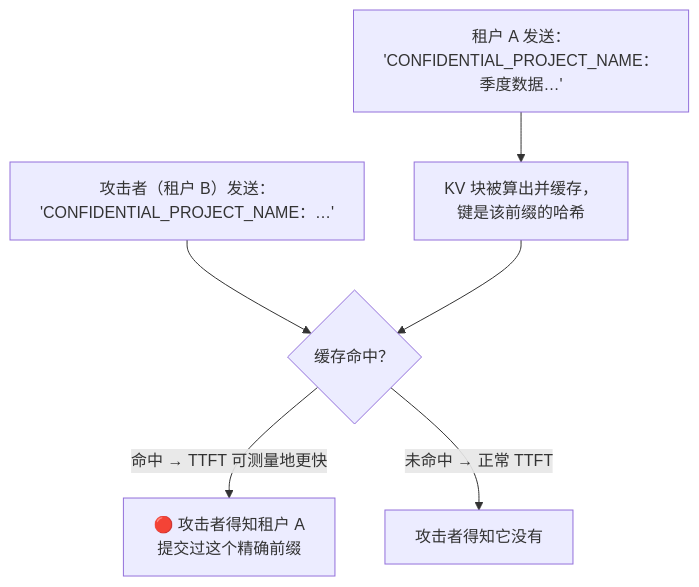
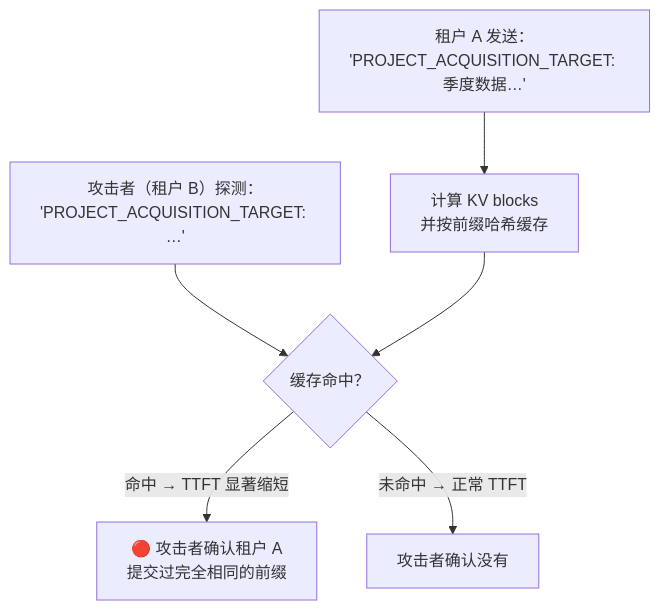
The fourth of 5 diagrams in docs/zh/06_designing_confidential_llm_serving_on_gke.md (Marinette101/llm-cc-in-k8s), drawn with Mermaid before and after one commit. The commit also changed other lines of this file and 9 other files, not shown here.

Commit message:
feat: incorporate GKE Hypercluster and AI Hypercomputer architecture into confidential LLM serving docs

````diff
--- a/docs/zh/06_designing_confidential_llm_serving_on_gke.md
+++ b/docs/zh/06_designing_confidential_llm_serving_on_gke.md
@@ -253,8 +265,8 @@
 ```mermaid
 flowchart TD
-    A["租户 A 发送：<br>'CONFIDENTIAL_PROJECT_NAME：季度数据…'"] --> B["KV 块被算出并缓存，<br>键是该前缀的哈希"]
-    C["攻击者（租户 B）发送：<br>'CONFIDENTIAL_PROJECT_NAME：…'"] --> D{"缓存命中？"}
+    A["租户 A 发送：<br>'PROJECT_ACQUISITION_TARGET: 季度数据…'"] --> B["计算 KV blocks<br>并按前缀哈希缓存"]
+    C["攻击者（租户 B）探测：<br>'PROJECT_ACQUISITION_TARGET: …'"] --> D{"缓存命中？"}
     B --> D
-    D -->|"命中 → TTFT 可测量地更快"| E["🔴 攻击者得知租户 A<br>提交过这个精确前缀"]
-    D -->|"未命中 → 正常 TTFT"| F["攻击者得知它没有"]
+    D -->|"命中 → TTFT 显著缩短"| E["🔴 攻击者确认租户 A<br>提交过完全相同的前缀"]
+    D -->|"未命中 → 正常 TTFT"| F["攻击者确认没有"]
 ```
````
